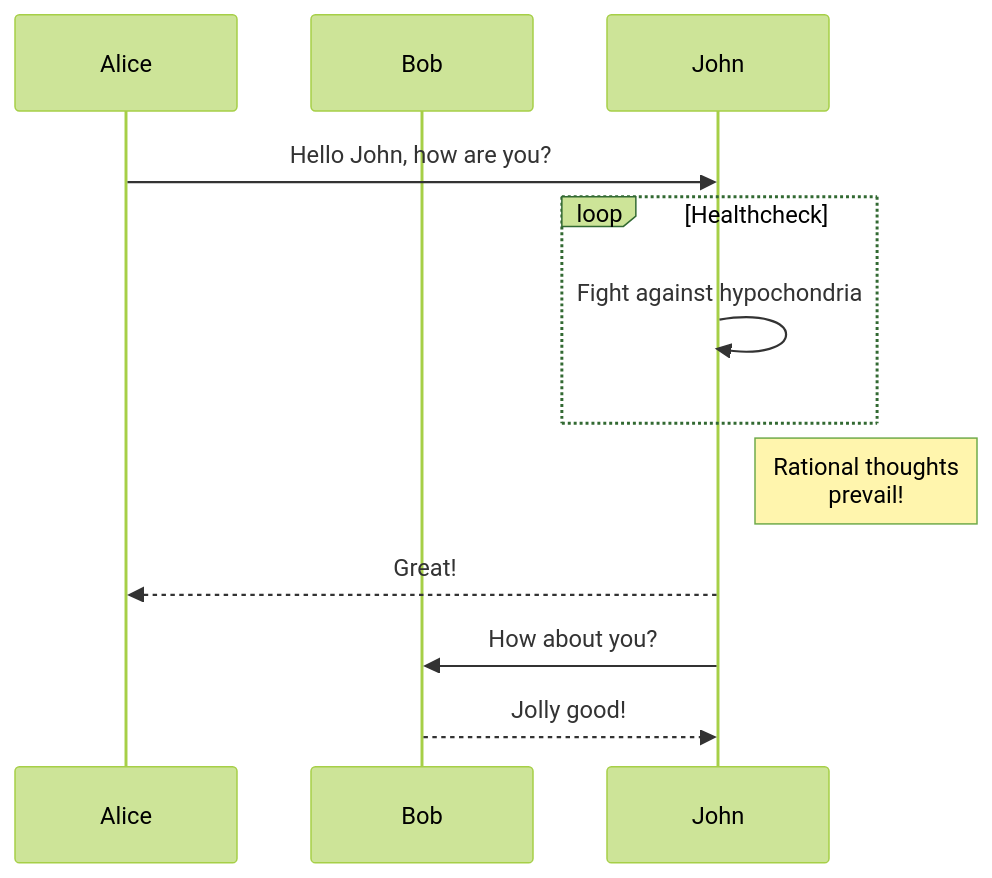
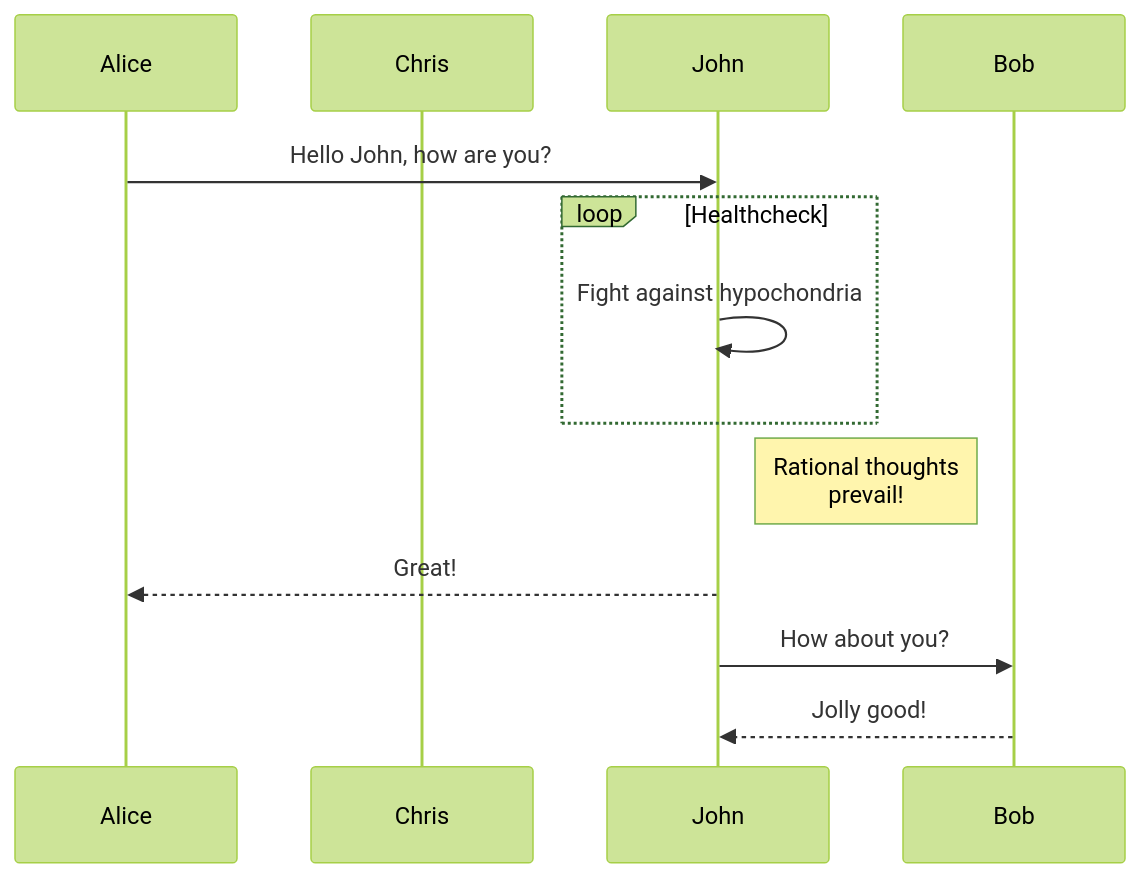
Before and after one commit to scowalt/mermaid-markdown-intree: the diagram in docs/sequence.mmd, drawn with Mermaid (forest theme).

Commit message:
Changed participant

```diff
--- a/docs/sequence.mmd
+++ b/docs/sequence.mmd
@@ -1,11 +1,11 @@
 sequenceDiagram
     participant Alice
-    participant Bob
+    participant Chris
     Alice->>John: Hello John, how are you?
     loop Healthcheck
         John->>John: Fight against hypochondria
     end
     Note right of John: Rational thoughts <br/>prevail!
     John-->>Alice: Great!
     John->>Bob: How about you?
     Bob-->>John: Jolly good!
```
